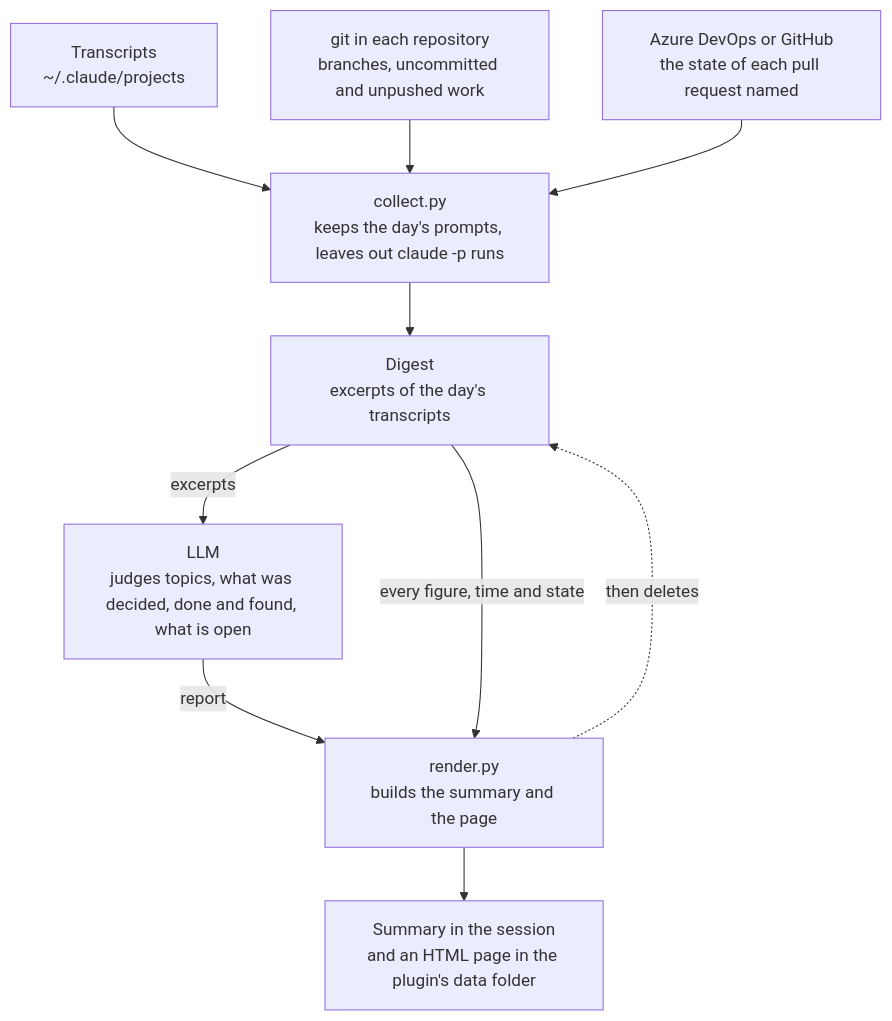
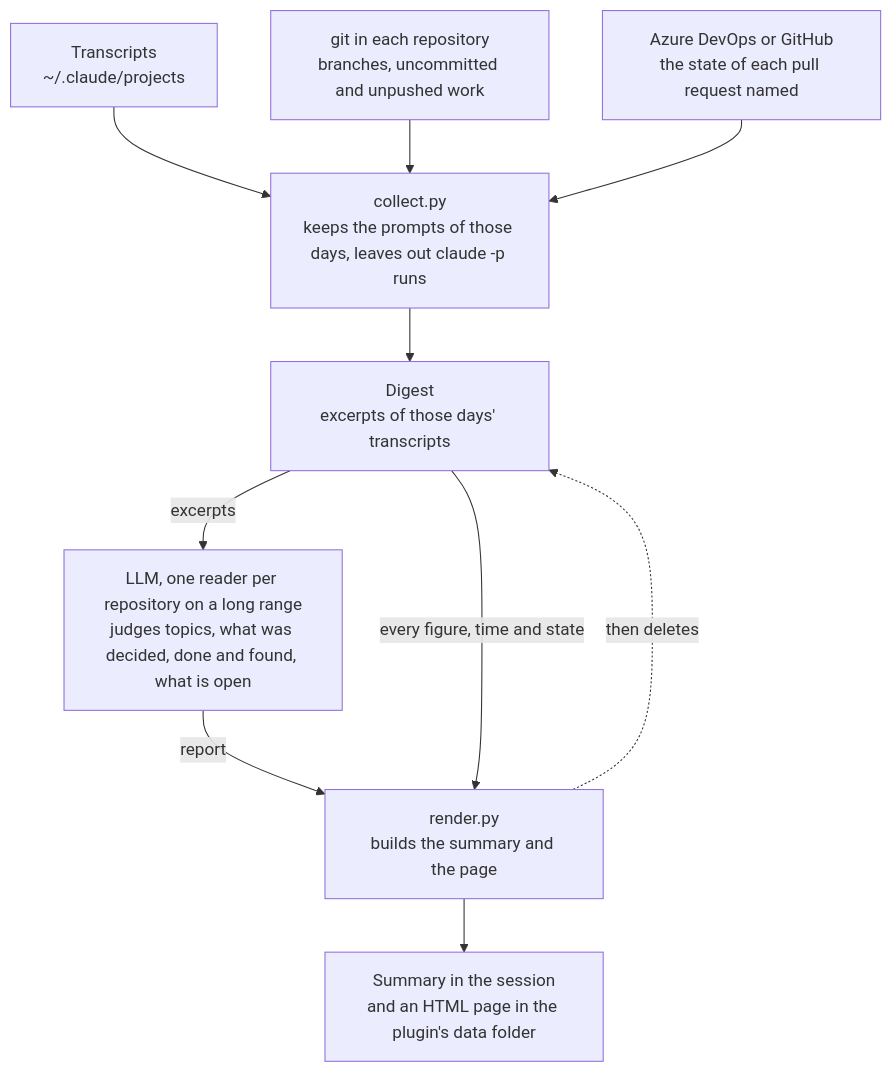
Before and after one commit to softwareone-platform/tundra: the diagram in plugins/remind-me/README.md, drawn with Mermaid. The commit also changed other lines of this file and 8 other files, not shown here.

````diff
--- a/plugins/remind-me/README.md
+++ b/plugins/remind-me/README.md
@@ -40,12 +40,12 @@
 ```mermaid
 flowchart TB
     transcripts["Transcripts<br>~/.claude/projects"] --> collect
     git["git in each repository<br>branches, uncommitted and unpushed work"] --> collect
     remote["Azure DevOps or GitHub<br>the state of each pull request named"] --> collect
-    collect["collect.py<br>keeps the day's prompts, leaves out claude -p runs"] --> digest["Digest<br>excerpts of the day's transcripts"]
-    digest -- excerpts --> model["LLM<br>judges topics, what was decided, done and found, what is open"]
+    collect["collect.py<br>keeps the prompts of those days, leaves out claude -p runs"] --> digest["Digest<br>excerpts of those days' transcripts"]
+    digest -- excerpts --> model["LLM, one reader per repository on a long range<br>judges topics, what was decided, done and found, what is open"]
     model -- report --> render["render.py<br>builds the summary and the page"]
     digest -- every figure, time and state --> render
     render --> page["Summary in the session<br>and an HTML page in the plugin's data folder"]
     render -. then deletes .-> digest
 ```
````
